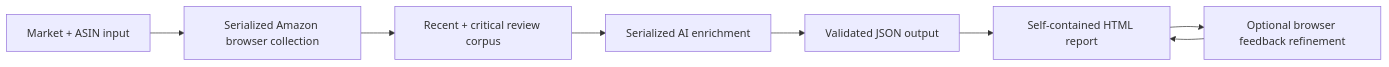
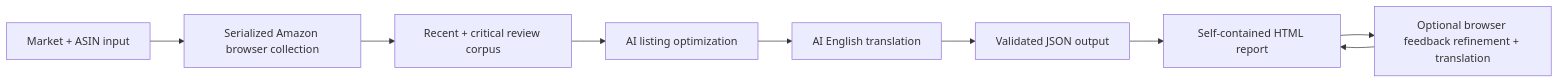
Before and after one commit to christycap/review-genius: the diagram in README.md, drawn with Mermaid. The commit also changed other lines of this file and 12 other files, not shown here.

Commit message:
Include translation in english for localized text

````diff
--- a/README.md
+++ b/README.md
@@ -28,10 +29,11 @@
 ```mermaid
 flowchart LR
     A[Market + ASIN input] --> B[Serialized Amazon browser collection]
     B --> C[Recent + critical review corpus]
-    C --> D[Serialized AI enrichment]
-    D --> E[Validated JSON output]
-    E --> F[Self-contained HTML report]
-    F --> G[Optional browser feedback refinement]
-    G --> F
+    C --> D[AI listing optimization]
+    D --> E[AI English translation]
+    E --> F[Validated JSON output]
+    F --> G[Self-contained HTML report]
+    G --> H[Optional browser feedback refinement + translation]
+    H --> G
 ```
````
